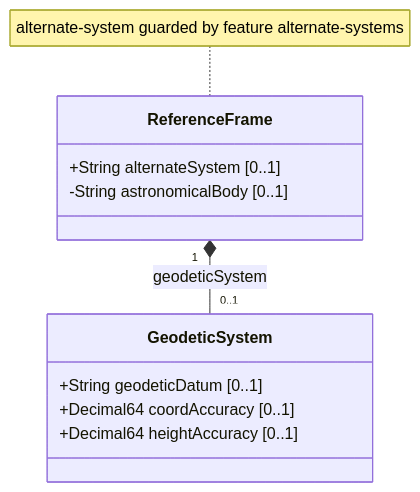
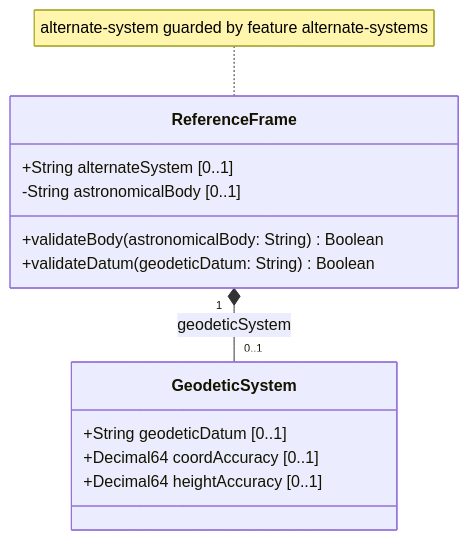
Before and after one commit to gintatkinson/3dgs-028: the diagram in docs/features/feat-02-reference-frame.md, drawn with Mermaid. The commit also changed 2 other files, not shown here.

Commit message:
docs: resolve Epic cross-links and add operations to class diagrams

````diff
--- a/docs/features/feat-02-reference-frame.md
+++ b/docs/features/feat-02-reference-frame.md
@@ -22,14 +22,16 @@
 ```mermaid
 classDiagram
     class ReferenceFrame {
         +String alternateSystem [0..1]
         -String astronomicalBody [0..1]
+        +validateBody(astronomicalBody: String) Boolean
+        +validateDatum(geodeticDatum: String) Boolean
     }
     class GeodeticSystem {
         +String geodeticDatum [0..1]
         +Decimal64 coordAccuracy [0..1]
         +Decimal64 heightAccuracy [0..1]
     }
     ReferenceFrame "1" *-- "0..1" GeodeticSystem : geodeticSystem
     note for ReferenceFrame "alternate-system guarded by feature alternate-systems"
 ```
````
